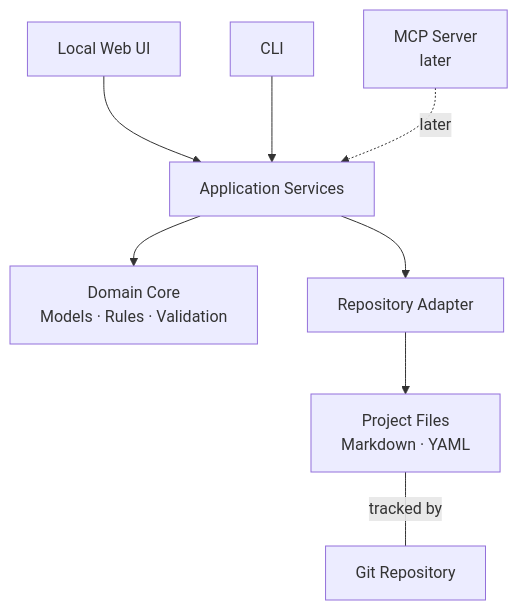
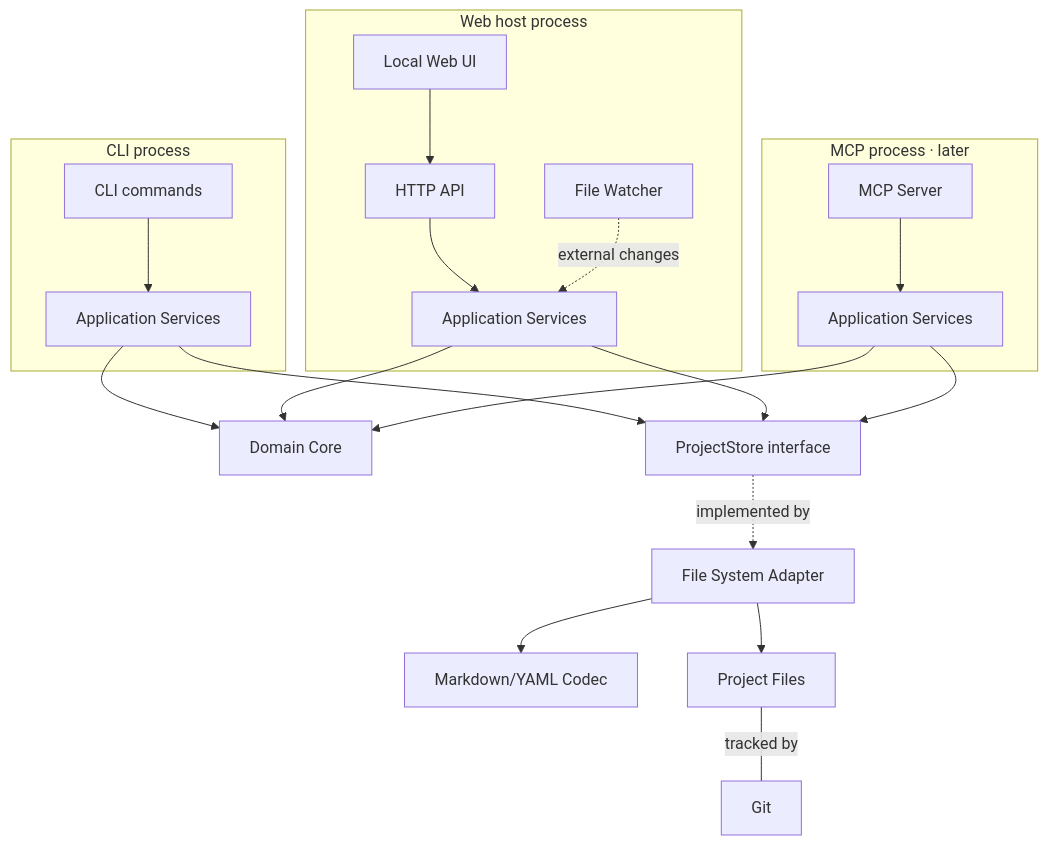
Before and after one commit to diserere/repo-docs-tracker: the first of 3 diagrams in docs/architecture/architecture-overview.md, drawn with Mermaid. The commit also changed other lines of this file, not shown here.

Commit message:
docs: update architecture overview to v0.2

````diff
--- a/docs/architecture/architecture-overview.md
+++ b/docs/architecture/architecture-overview.md
@@ -47,19 +51,41 @@
-``` mermaid
+```mermaid
 flowchart TB
-    UI[Local Web UI]
-    CLI[CLI]
-    MCP[MCP Server<br/>later]
-    APP[Application Services]
-    CORE[Domain Core<br/>Models · Rules · Validation]
-    REPO[Repository Adapter]
-    FS[Project Files<br/>Markdown · YAML]
-    GIT[Git Repository]
+    subgraph CLI["CLI process"]
+        CLIUI["CLI commands"]
+        APP1["Application Services"]
+        CLIUI --> APP1
+    end
 
-    UI --> APP
-    CLI --> APP
-    MCP -. later .-> APP
-    APP --> CORE
-    APP --> REPO
-    REPO --> FS
-    FS ---|tracked by| GIT
+    subgraph WEB["Web host process"]
+        UI["Local Web UI"]
+        HTTP["HTTP API"]
+        APP2["Application Services"]
+        WATCH["File Watcher"]
+        UI --> HTTP --> APP2
+        WATCH -. external changes .-> APP2
+    end
+
+    subgraph MCPPROC["MCP process · later"]
+        MCP["MCP Server"]
+        APP3["Application Services"]
+        MCP --> APP3
+    end
+
+    CORE["Domain Core"]
+    STORE["ProjectStore interface"]
+    FS["File System Adapter"]
+    CODEC["Markdown/YAML Codec"]
+    FILES["Project Files"]
+    GIT["Git"]
+
+    APP1 --> CORE
+    APP2 --> CORE
+    APP3 --> CORE
+    APP1 --> STORE
+    APP2 --> STORE
+    APP3 --> STORE
+    STORE -. implemented by .-> FS
+    FS --> CODEC
+    FS --> FILES
+    FILES ---|tracked by| GIT
 ```
````
